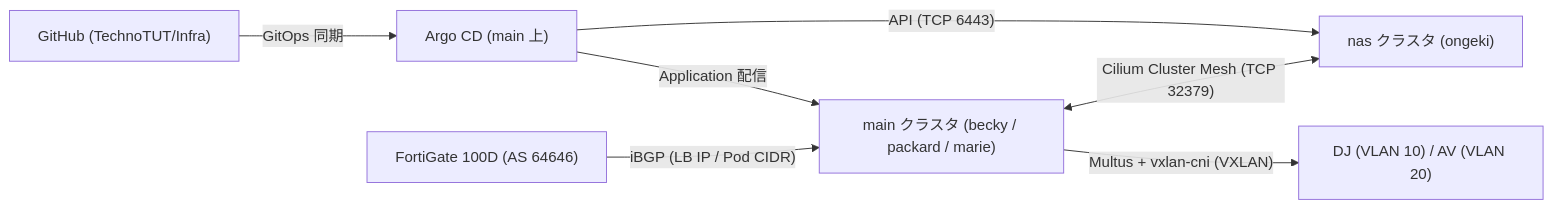
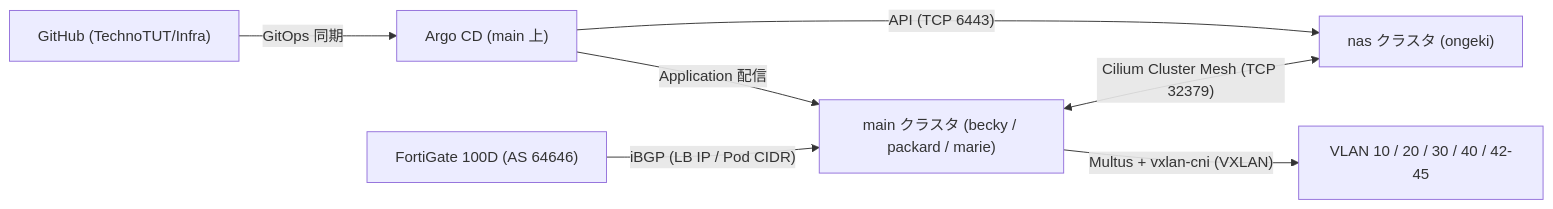
The diagram in docs/content/computing/index.mdx (TechnoTUT/Infra), drawn with Mermaid before and after one commit. The commit also changed other lines of this file and 10 other files, not shown here.

````diff
--- a/docs/content/computing/index.mdx
+++ b/docs/content/computing/index.mdx
@@ -23,9 +23,9 @@
 ```mermaid
 flowchart LR
   fg["FortiGate 100D (AS 64646)"] -- "iBGP (LB IP / Pod CIDR)" --> main["main クラスタ (becky / packard / marie)"]
   main <-- "Cilium Cluster Mesh (TCP 32379)" --> nas["nas クラスタ (ongeki)"]
-  main -- "Multus + vxlan-cni (VXLAN)" --> vlans["DJ (VLAN 10) / AV (VLAN 20)"]
+  main -- "Multus + vxlan-cni (VXLAN)" --> vlans["VLAN 10 / 20 / 30 / 40 / 42-45"]
   repo["GitHub (TechnoTUT/Infra)"] -- "GitOps 同期" --> argocd["Argo CD (main 上)"]
   argocd -- "Application 配信" --> main
   argocd -- "API (TCP 6443)" --> nas
 ```
````
